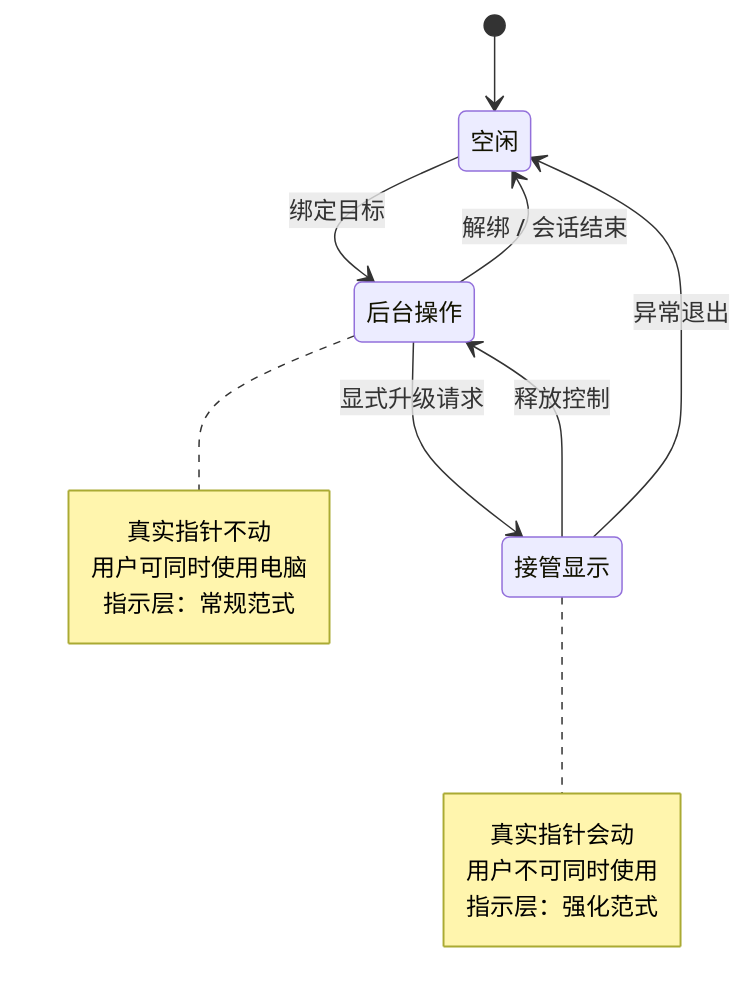
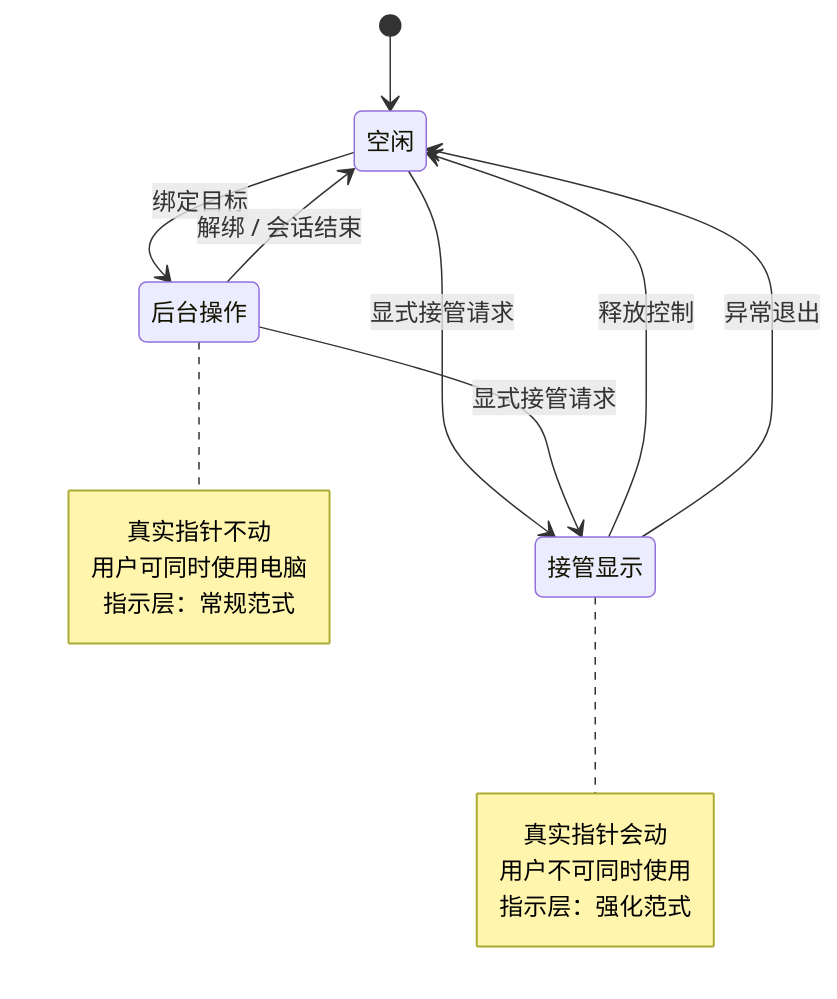
Before and after one commit to wangdadatao/super-computer-use: the third of 3 diagrams in docs/architecture/virtual_indicator.md, drawn with Mermaid. The commit also changed other lines of this file and 18 other files, not shown here.

````diff
--- a/docs/architecture/virtual_indicator.md
+++ b/docs/architecture/virtual_indicator.md
@@ -165,21 +163,22 @@
 ```mermaid
 stateDiagram-v2
     [*] --> 空闲
     空闲 --> 后台操作 : 绑定目标
-    后台操作 --> 接管显示 : 显式升级请求
-    接管显示 --> 后台操作 : 释放控制
+    空闲 --> 接管显示 : 显式接管请求
+    后台操作 --> 接管显示 : 显式接管请求
+    接管显示 --> 空闲 : 释放控制
     后台操作 --> 空闲 : 解绑 / 会话结束
     接管显示 --> 空闲 : 异常退出
 
     note right of 后台操作
         真实指针不动
         用户可同时使用电脑
         指示层：常规范式
     end note
 
     note right of 接管显示
         真实指针会动
         用户不可同时使用
         指示层：强化范式
     end note
 ```
````
